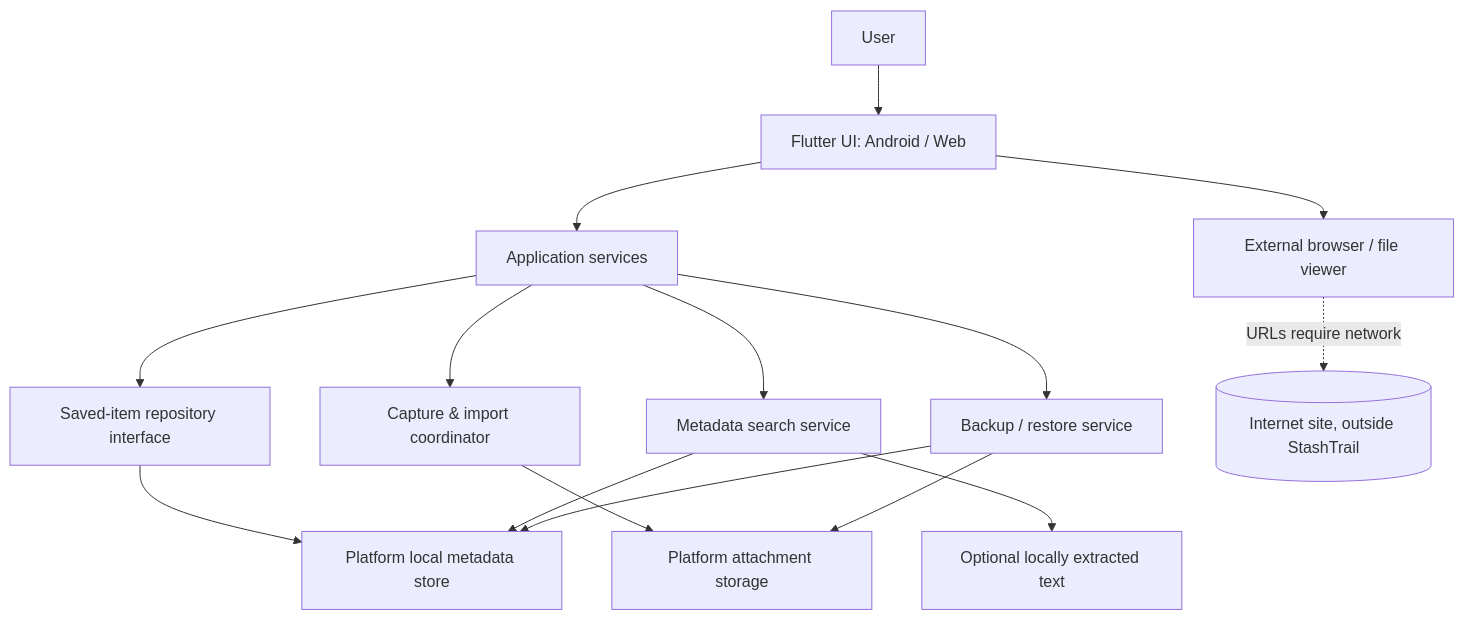
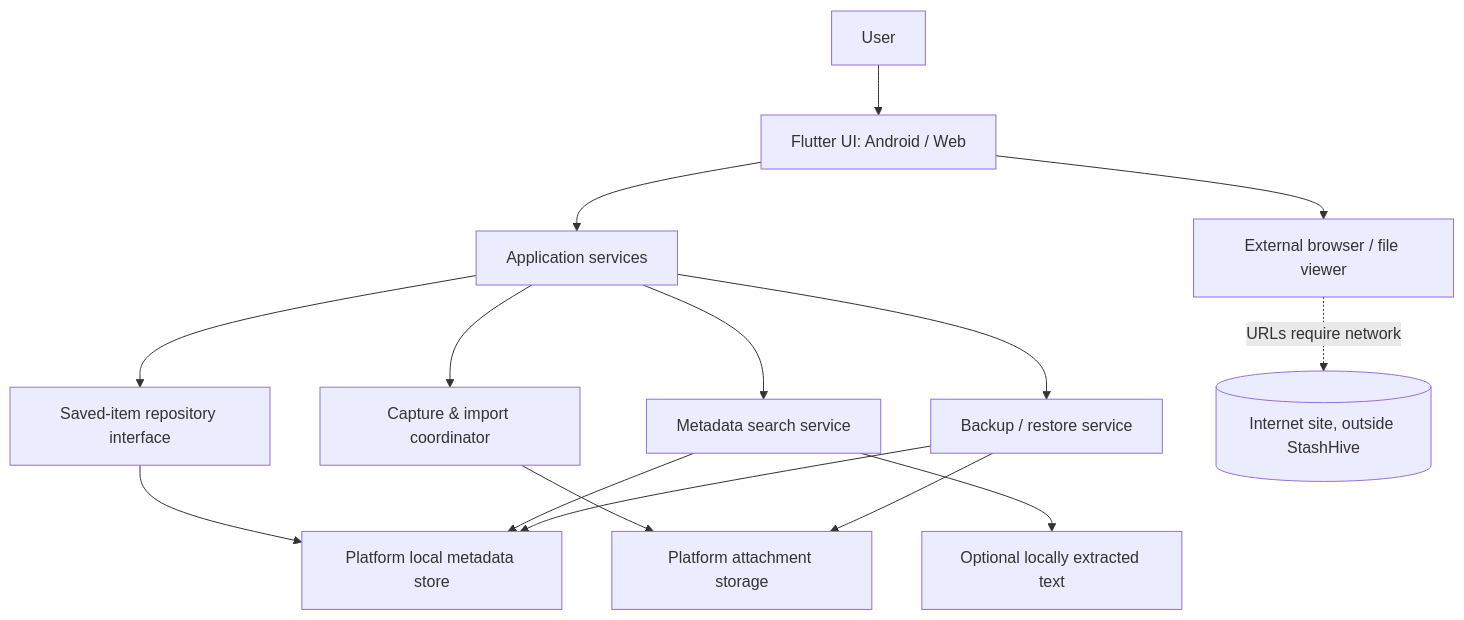
Before and after one commit to senorita-ai0/StashHive: the diagram in docs/architecture.md, drawn with Mermaid. The commit also changed other lines of this file, not shown here.

Commit message:
Align project documentation with StashHive product identity

````diff
--- a/docs/architecture.md
+++ b/docs/architecture.md
@@ -14,17 +14,17 @@
 ```mermaid
 flowchart TD
     U[User] --> UI[Flutter UI: Android / Web]
     UI --> APP[Application services]
     APP --> REPO[Saved-item repository interface]
     APP --> CAP[Capture & import coordinator]
     APP --> SRCH[Metadata search service]
     APP --> BAK[Backup / restore service]
     REPO --> DB[Platform local metadata store]
     CAP --> FILES[Platform attachment storage]
     SRCH --> DB
     SRCH --> TXT[Optional locally extracted text]
     BAK --> DB
     BAK --> FILES
     UI --> EXT[External browser / file viewer]
-    EXT -. URLs require network .-> NET[(Internet site, outside StashTrail)]
+    EXT -. URLs require network .-> NET[(Internet site, outside StashHive)]
 ```
````
